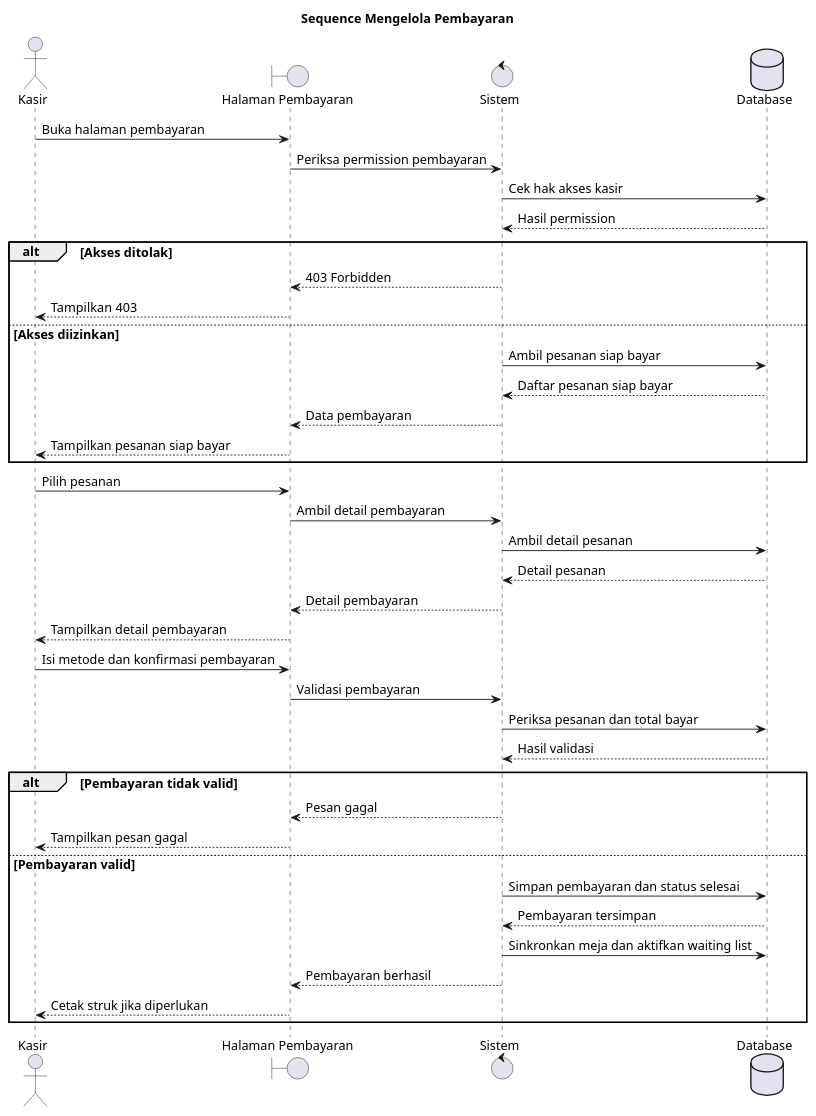
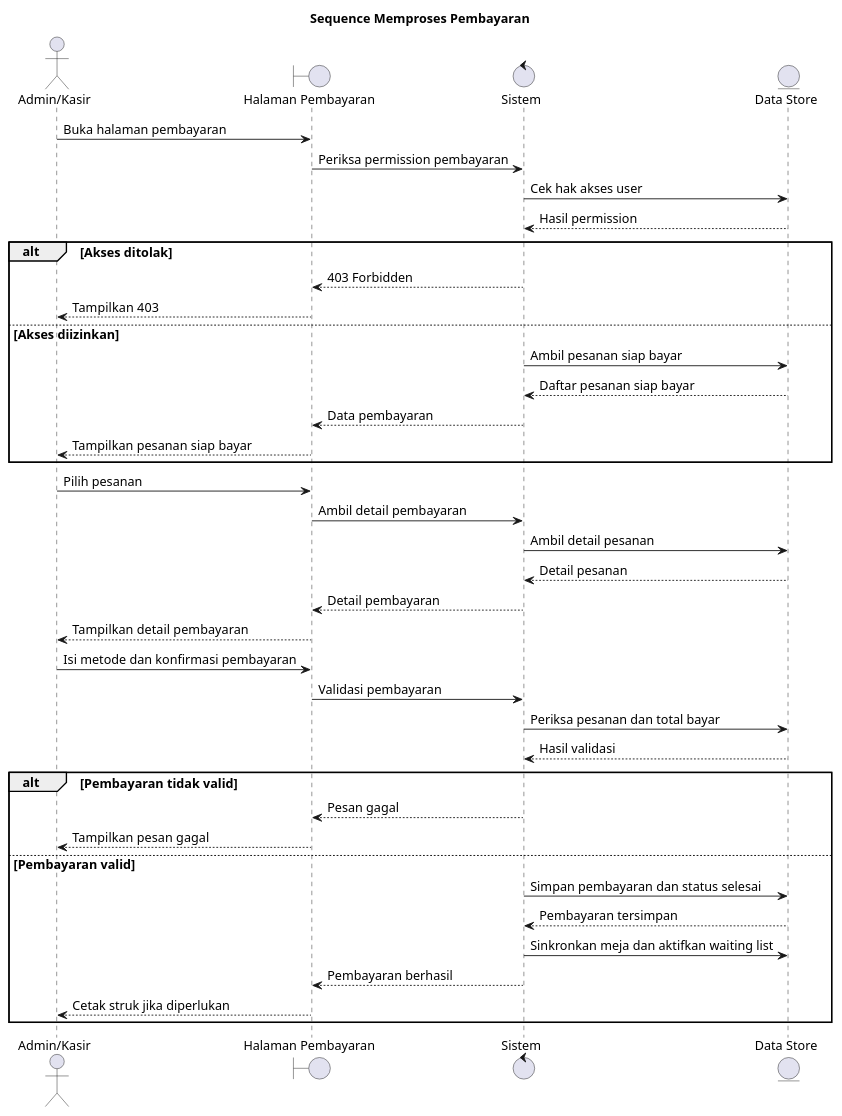
Before and after one commit to Samaelzco/warung_baleganjur: the tenth of 15 diagrams in docs/sequence-diagrams-plantuml.md, drawn with PlantUML. The commit also changed other lines of this file and 35 other files, not shown here.

````diff
--- a/docs/sequence-diagrams-plantuml.md
+++ b/docs/sequence-diagrams-plantuml.md
@@ -398,52 +420,52 @@
 ```plantuml
 @startuml
-title Sequence Mengelola Pembayaran
+title Sequence Memproses Pembayaran
 
 skinparam defaultFontName Arial
 skinparam defaultFontSize 14
 
-actor Kasir
+actor "Admin/Kasir" as AdminKasir
 boundary "Halaman Pembayaran" as Page
 control "Sistem" as System
-database "Database" as DB
+entity "Data Store" as DB
 
-Kasir -> Page: Buka halaman pembayaran
+AdminKasir -> Page: Buka halaman pembayaran
 Page -> System: Periksa permission pembayaran
-System -> DB: Cek hak akses kasir
+System -> DB: Cek hak akses user
 DB --> System: Hasil permission
 
 alt Akses ditolak
     System --> Page: 403 Forbidden
-    Page --> Kasir: Tampilkan 403
+    Page --> AdminKasir: Tampilkan 403
 else Akses diizinkan
     System -> DB: Ambil pesanan siap bayar
     DB --> System: Daftar pesanan siap bayar
     System --> Page: Data pembayaran
-    Page --> Kasir: Tampilkan pesanan siap bayar
+    Page --> AdminKasir: Tampilkan pesanan siap bayar
 end
 
-Kasir -> Page: Pilih pesanan
+AdminKasir -> Page: Pilih pesanan
 Page -> System: Ambil detail pembayaran
 System -> DB: Ambil detail pesanan
 DB --> System: Detail pesanan
 System --> Page: Detail pembayaran
-Page --> Kasir: Tampilkan detail pembayaran
+Page --> AdminKasir: Tampilkan detail pembayaran
 
-Kasir -> Page: Isi metode dan konfirmasi pembayaran
+AdminKasir -> Page: Isi metode dan konfirmasi pembayaran
 Page -> System: Validasi pembayaran
 System -> DB: Periksa pesanan dan total bayar
 DB --> System: Hasil validasi
 
 alt Pembayaran tidak valid
     System --> Page: Pesan gagal
-    Page --> Kasir: Tampilkan pesan gagal
+    Page --> AdminKasir: Tampilkan pesan gagal
 else Pembayaran valid
     System -> DB: Simpan pembayaran dan status selesai
     DB --> System: Pembayaran tersimpan
     System -> DB: Sinkronkan meja dan aktifkan waiting list
     System --> Page: Pembayaran berhasil
-    Page --> Kasir: Cetak struk jika diperlukan
+    Page --> AdminKasir: Cetak struk jika diperlukan
 end
 
 @enduml
 ```
````
